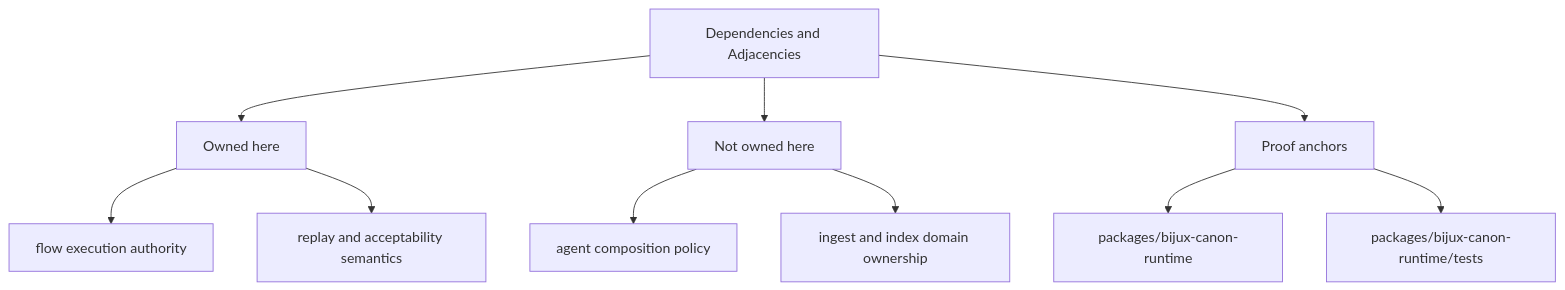
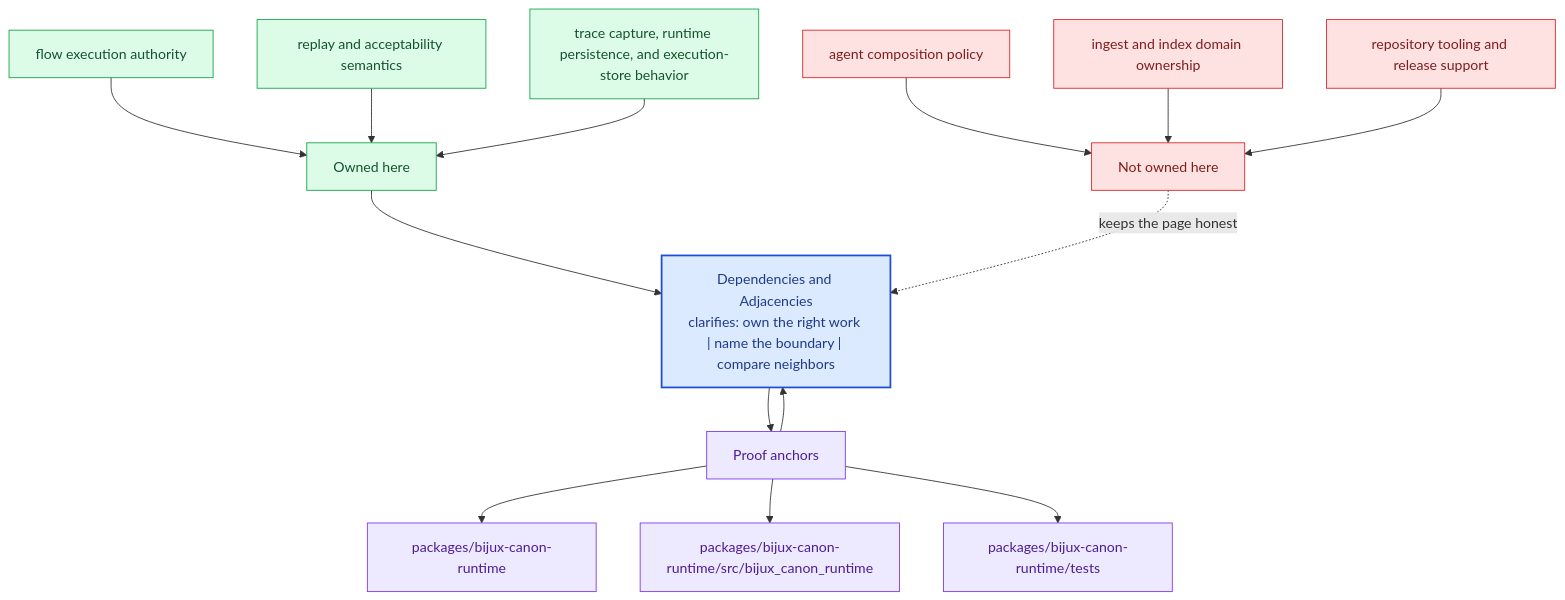
The second of 2 diagrams in docs/bijux-canon-runtime/foundation/dependencies-and-adjacencies.md (bijux/bijux-canon), drawn with Mermaid before and after one commit. The commit also changed other lines of this file and 281 other files, not shown here.

Commit message:
docs(diagrams): deepen handbook mermaid maps across the catalog

````diff
--- a/docs/bijux-canon-runtime/foundation/dependencies-and-adjacencies.md
+++ b/docs/bijux-canon-runtime/foundation/dependencies-and-adjacencies.md
@@ -36,22 +69,40 @@
 ```mermaid
-flowchart TD
-    page["Dependencies and Adjacencies"]
+flowchart TB
+    promise["Dependencies and Adjacencies<br/>clarifies: own the right work | name the boundary | compare neighbors"]
+    classDef promise fill:#dbeafe,stroke:#1d4ed8,color:#1e3a8a,stroke-width:2px;
+    classDef driver fill:#dcfce7,stroke:#16a34a,color:#14532d;
+    classDef constraint fill:#fee2e2,stroke:#dc2626,color:#7f1d1d;
+    classDef ground fill:#ede9fe,stroke:#7c3aed,color:#4c1d95;
     focus1["Owned here"]
-    page --> focus1
+    focus1 --> promise
     focus1_1["flow execution authority"]
-    focus1 --> focus1_1
+    focus1_1 --> focus1
     focus1_2["replay and acceptability semantics"]
-    focus1 --> focus1_2
+    focus1_2 --> focus1
+    focus1_3["trace capture, runtime persistence, and execution-store behavior"]
+    focus1_3 --> focus1
+    class focus1 driver;
+    class focus1_1,focus1_2,focus1_3 driver;
     focus2["Not owned here"]
-    page --> focus2
+    focus2 -.keeps the page honest.-> promise
     focus2_1["agent composition policy"]
-    focus2 --> focus2_1
+    focus2_1 --> focus2
     focus2_2["ingest and index domain ownership"]
-    focus2 --> focus2_2
+    focus2_2 --> focus2
+    focus2_3["repository tooling and release support"]
+    focus2_3 --> focus2
+    class focus2 constraint;
+    class focus2_1,focus2_2,focus2_3 constraint;
     focus3["Proof anchors"]
-    page --> focus3
+    focus3 --> promise
+    promise --> focus3
     focus3_1["packages/bijux-canon-runtime"]
     focus3 --> focus3_1
-    focus3_2["packages/bijux-canon-runtime/tests"]
+    focus3_2["packages/bijux-canon-runtime/src/bijux_canon_runtime"]
     focus3 --> focus3_2
+    focus3_3["packages/bijux-canon-runtime/tests"]
+    focus3 --> focus3_3
+    class focus3 ground;
+    class focus3_1,focus3_2,focus3_3 ground;
+    class promise promise;
 ```
````
